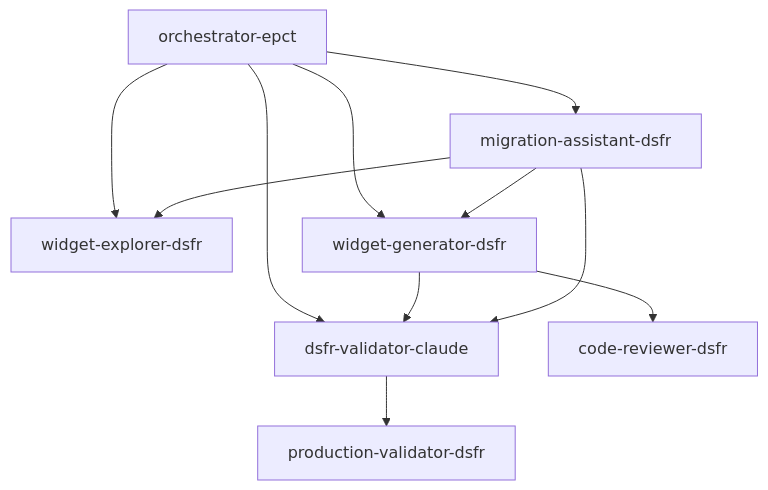
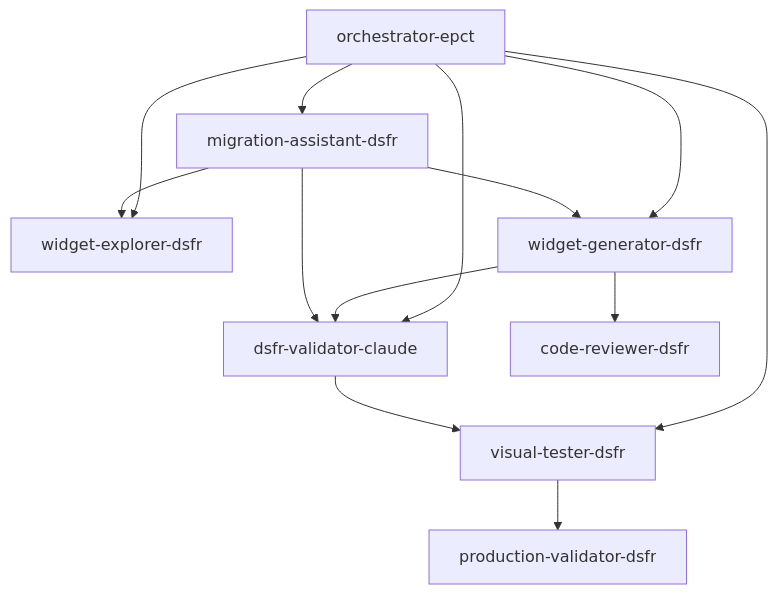
The diagram in agents/README-AGENTS-CLAUDE-CODE.md (Alexmacapple/widget-dsfr), drawn with Mermaid before and after one commit. The commit also changed other lines of this file and 5 other files, not shown here.

````diff
--- a/agents/README-AGENTS-CLAUDE-CODE.md
+++ b/agents/README-AGENTS-CLAUDE-CODE.md
@@ -9,15 +9,17 @@
 ```mermaid
 graph TD
     OE[orchestrator-epct] --> WE[widget-explorer-dsfr]
     OE --> WG[widget-generator-dsfr]
     OE --> DV[dsfr-validator-claude]
+    OE --> VT[visual-tester-dsfr]
     OE --> MA[migration-assistant-dsfr]
     
     WG --> CR[code-reviewer-dsfr]
     WG --> DV
-    DV --> PV[production-validator-dsfr]
+    DV --> VT
+    VT --> PV[production-validator-dsfr]
     
     MA --> WE
     MA --> WG
     MA --> DV
 ```
````
